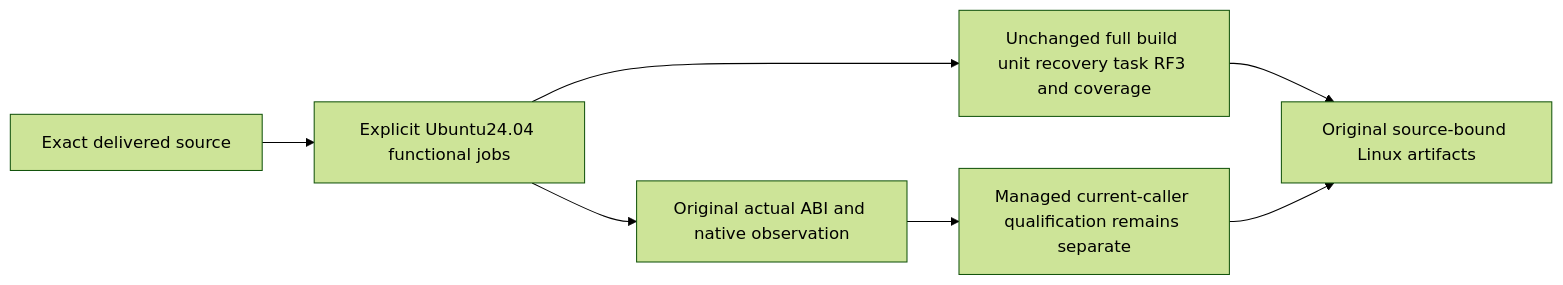
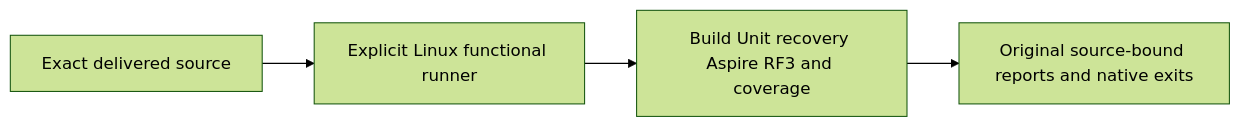
The diagram in docs/Features/CodeQuality/LinuxRunnerIdentity.md (managedcode/KeyLoad), drawn with Mermaid (forest theme) before and after one commit. The commit also changed other lines of this file and 197 other files, not shown here.

````diff
--- a/docs/Features/CodeQuality/LinuxRunnerIdentity.md
+++ b/docs/Features/CodeQuality/LinuxRunnerIdentity.md
@@ -13,9 +13,6 @@
 ```mermaid
 flowchart LR
- Source[Exact delivered source] --> Host[Explicit Ubuntu24.04 functional jobs]
- Host --> Native[Original actual ABI and native observation]
- Host --> Gates[Unchanged full build unit recovery task RF3 and coverage]
- Native --> Runtime[Managed current-caller qualification remains separate]
- Gates --> Evidence[Original source-bound Linux artifacts]
- Runtime --> Evidence
+    Source[Exact delivered source] --> Host[Explicit Linux functional runner]
+    Host --> Gates[Build Unit recovery Aspire RF3 and coverage]
+    Gates --> Evidence[Original source-bound reports and native exits]
 ```
````
